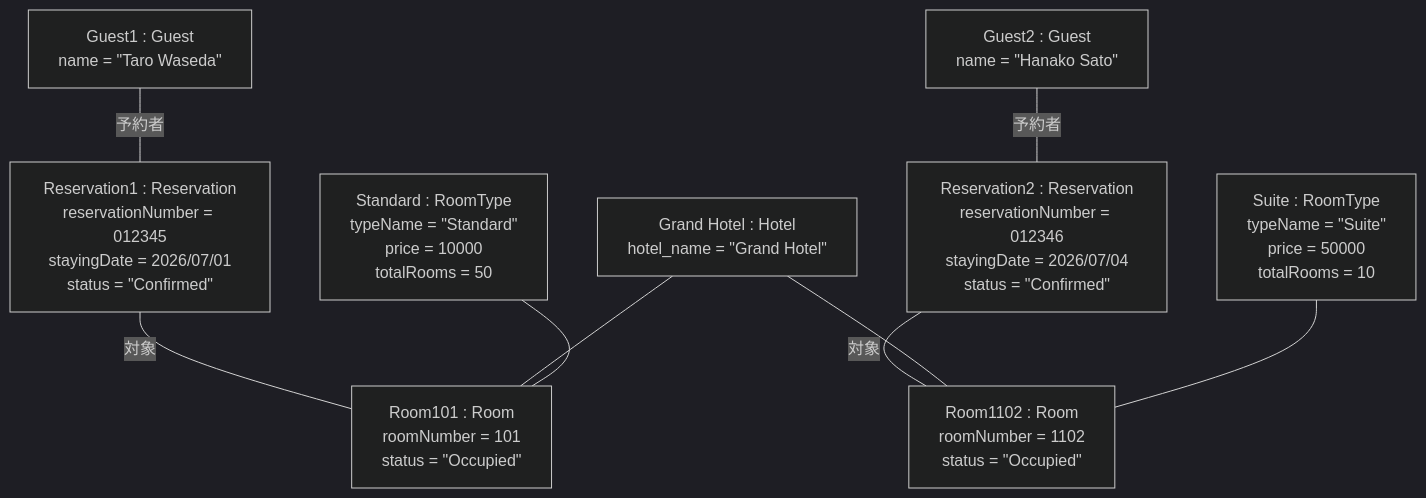
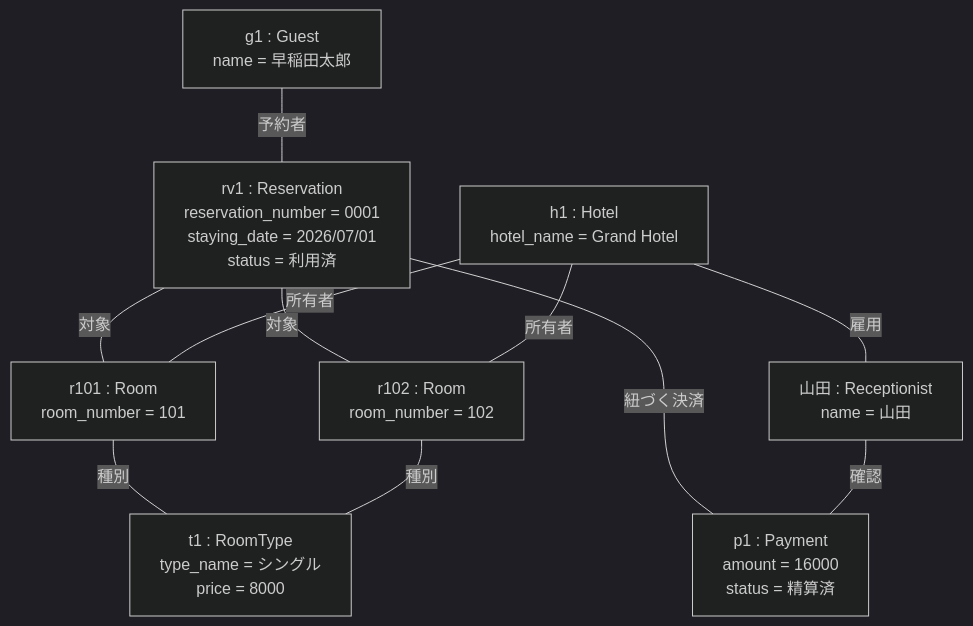
Before and after one commit to Kohki-tyl/HRS: the second of 2 diagrams in Domain_Analysis.md, drawn with Mermaid (dark theme). The commit also changed other lines of this file, not shown here.

````diff
--- a/Domain_Analysis.md
+++ b/Domain_Analysis.md
@@ -90,27 +106,22 @@
 ```mermaid
 flowchart TB
-    H["Grand Hotel : Hotel<br/>hotel_name = &quot;Grand Hotel&quot;"]
-    
-    RT1["Standard : RoomType<br/>typeName = &quot;Standard&quot;<br/>price = 10000"<br/>totalRooms = 50]
-    RT2["Suite : RoomType<br/>typeName = &quot;Suite&quot;<br/>price = 50000"<br/>totalRooms = 10]
+    G["g1 : Guest<br/>name = 早稲田太郎"]
+    RV["rv1 : Reservation<br/>reservation_number = 0001<br/>staying_date = 2026/07/01<br/>status = 利用済"]
+    R1["r101 : Room<br/>room_number = 101"]
+    R2["r102 : Room<br/>room_number = 102"]
+    RT["t1 : RoomType<br/>type_name = シングル<br/>price = 8000"]
+    PM["p1 : Payment<br/>amount = 16000<br/>status = 精算済"]
+    HT["h1 : Hotel<br/>hotel_name = Grand Hotel"]
+    RC["山田 : Receptionist<br/>name = 山田"]
 
-    G1["Guest1 : Guest<br/>name = &quot;Taro Waseda&quot;"]
-    G2["Guest2 : Guest<br/>name = &quot;Hanako Sato&quot;"]
-    
-    RV1["Reservation1 : Reservation<br/>reservationNumber = 012345<br/>stayingDate = 2026/07/01<br/>status = &quot;Confirmed&quot;" ]
-    RV2["Reservation2 : Reservation<br/>reservationNumber = 012346<br/>stayingDate = 2026/07/04<br/>status = &quot;Confirmed&quot;"]
-    
-    R1["Room101 : Room<br/>roomNumber = 101<br/>status = &quot;Occupied&quot;"]
-    R2["Room1102 : Room<br/>roomNumber = 1102<br/>status = &quot;Occupied&quot;"]
-
-    G1 ---|予約者| RV1
-    G2 ---|予約者| RV2
-    RV1 ---|対象| R1
-    RV2 ---|対象| R2
-    
-    H --- R1
-    H --- R2
-    
-    RT1 --- R1
-    RT2 --- R2
+    G ---|予約者| RV
+    RV ---|対象| R1
+    RV ---|対象| R2
+    R1 ---|種別| RT
+    R2 ---|種別| RT
+    RV ---|紐づく決済| PM
+    HT ---|所有者| R1
+    HT ---|所有者| R2
+    HT ---|雇用| RC
+    RC ---|確認| PM
 ```
````
